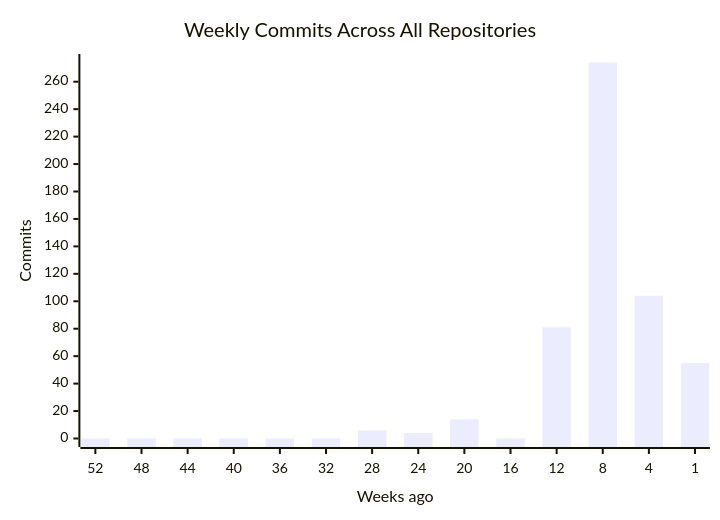
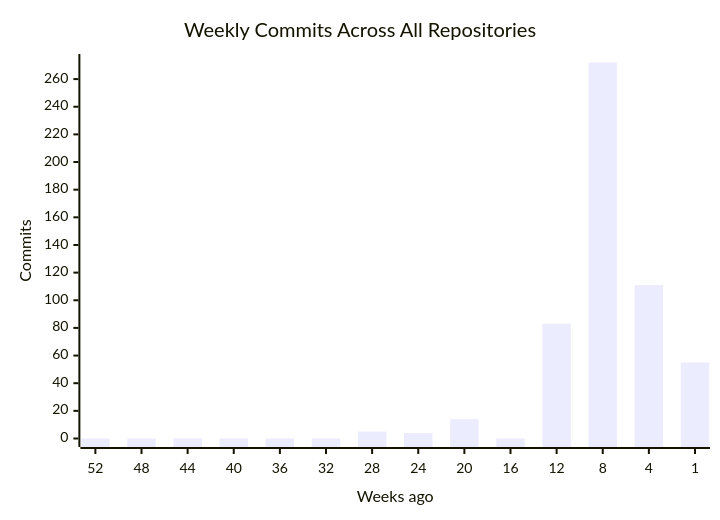
One commit to CSTH-Projects/.github changed the first of 4 diagrams in profile/README.md. Above: the diagram before and after it, drawn with Mermaid. The commit also changed other lines of this file, not shown here.

````diff
--- a/profile/README.md
+++ b/profile/README.md
@@ -16,7 +16,7 @@
 ```mermaid
 xychart-beta
     title "Weekly Commits Across All Repositories"
     x-axis "Weeks ago" [52, 48, 44, 40, 36, 32, 28, 24, 20, 16, 12, 8, 4, 1]
     y-axis "Commits"
-    bar [0, 0, 0, 0, 0, 0, 6, 4, 14, 0, 81, 274, 104, 55]
+    bar [0, 0, 0, 0, 0, 0, 5, 4, 14, 0, 83, 272, 111, 55]
 ```
````
